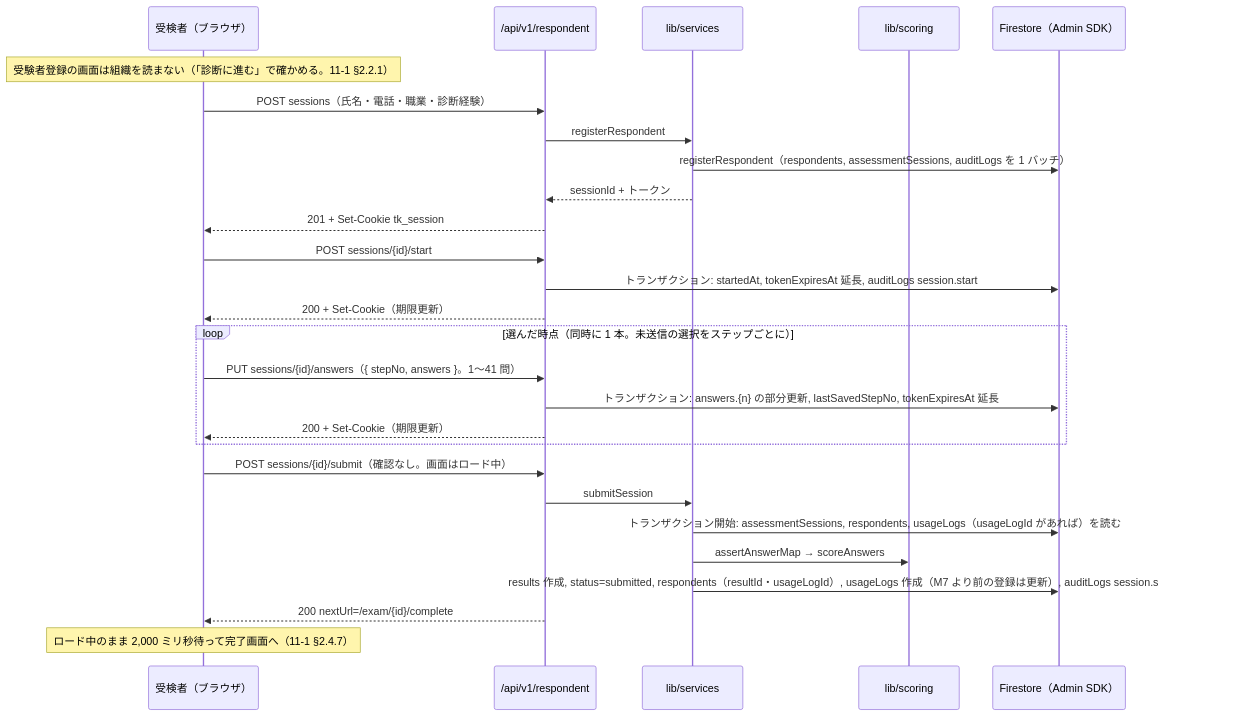
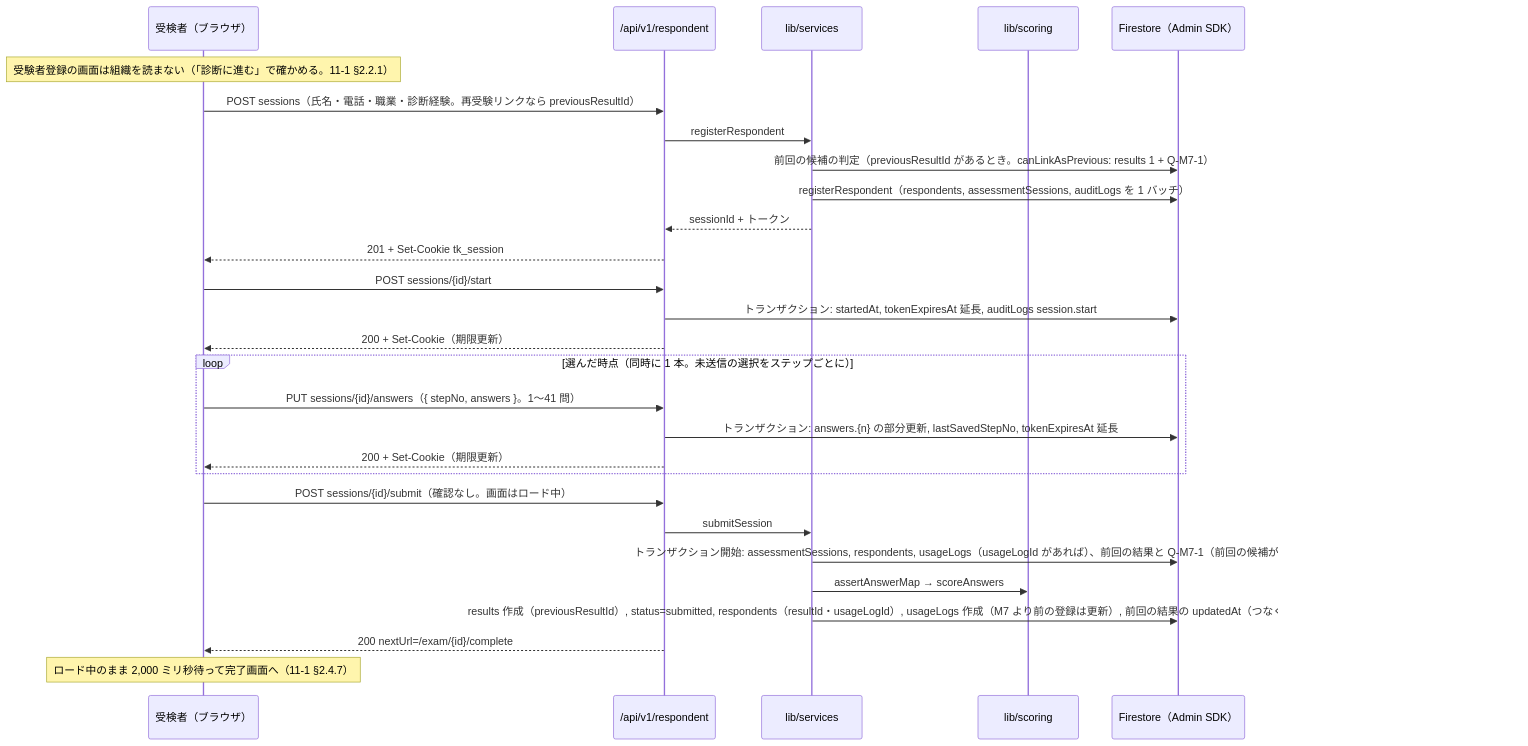
The third of 7 diagrams in docs/基本設計/04_API設計.md (tanukichiyamaguchi/Tekisei-Kensa), drawn with Mermaid before and after one commit. The commit also changed other lines of this file and 42 other files, not shown here.

````diff
--- a/docs/基本設計/04_API設計.md
+++ b/docs/基本設計/04_API設計.md
@@ -1191,29 +1199,30 @@
 ```mermaid
 sequenceDiagram
     participant R as 受検者（ブラウザ）
     participant API as /api/v1/respondent
     participant S as lib/services
     participant SC as lib/scoring
     participant DB as Firestore（Admin SDK）
     Note over R: 受験者登録の画面は組織を読まない（「診断に進む」で確かめる。11-1 §2.2.1）
-    R->>API: POST sessions（氏名・電話・職業・診断経験）
+    R->>API: POST sessions（氏名・電話・職業・診断経験。再受験リンクなら previousResultId）
     API->>S: registerRespondent
+    S->>DB: 前回の候補の判定（previousResultId があるとき。canLinkAsPrevious: results 1 + Q-M7-1）
     S->>DB: registerRespondent（respondents, assessmentSessions, auditLogs を 1 バッチ）
     S-->>API: sessionId + トークン
     API-->>R: 201 + Set-Cookie tk_session
     R->>API: POST sessions/{id}/start
     API->>DB: トランザクション: startedAt, tokenExpiresAt 延長, auditLogs session.start
     API-->>R: 200 + Set-Cookie（期限更新）
     loop 選んだ時点（同時に 1 本。未送信の選択をステップごとに）
         R->>API: PUT sessions/{id}/answers（{ stepNo, answers }。1〜41 問）
         API->>DB: トランザクション: answers.{n} の部分更新, lastSavedStepNo, tokenExpiresAt 延長
         API-->>R: 200 + Set-Cookie（期限更新）
     end
     R->>API: POST sessions/{id}/submit（確認なし。画面はロード中）
     API->>S: submitSession
-    S->>DB: トランザクション開始: assessmentSessions, respondents, usageLogs（usageLogId があれば）を読む
+    S->>DB: トランザクション開始: assessmentSessions, respondents, usageLogs（usageLogId があれば）、前回の結果と Q-M7-1（前回の候補があれば）を読む
     S->>SC: assertAnswerMap → scoreAnswers
-    S->>DB: results 作成, status=submitted, respondents（resultId・usageLogId）, usageLogs 作成（M7 より前の登録は更新）, auditLogs session.submit をコミット
+    S->>DB: results 作成（previousResultId）, status=submitted, respondents（resultId・usageLogId）, usageLogs 作成（M7 より前の登録は更新）, 前回の結果の updatedAt（つなぐときだけ）, auditLogs session.submit をコミット
     API-->>R: 200 nextUrl=/exam/{id}/complete
     Note over R: ロード中のまま 2,000 ミリ秒待って完了画面へ（11-1 §2.4.7）
 ```
````
